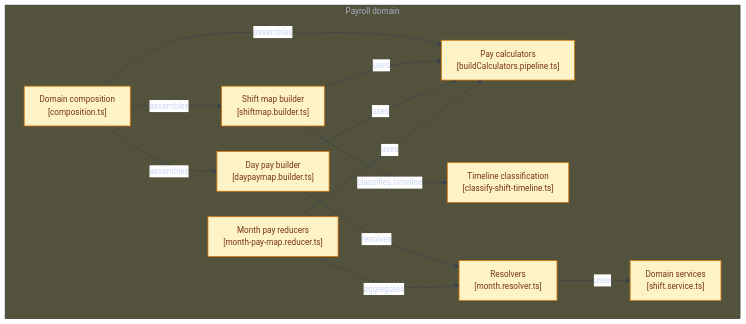
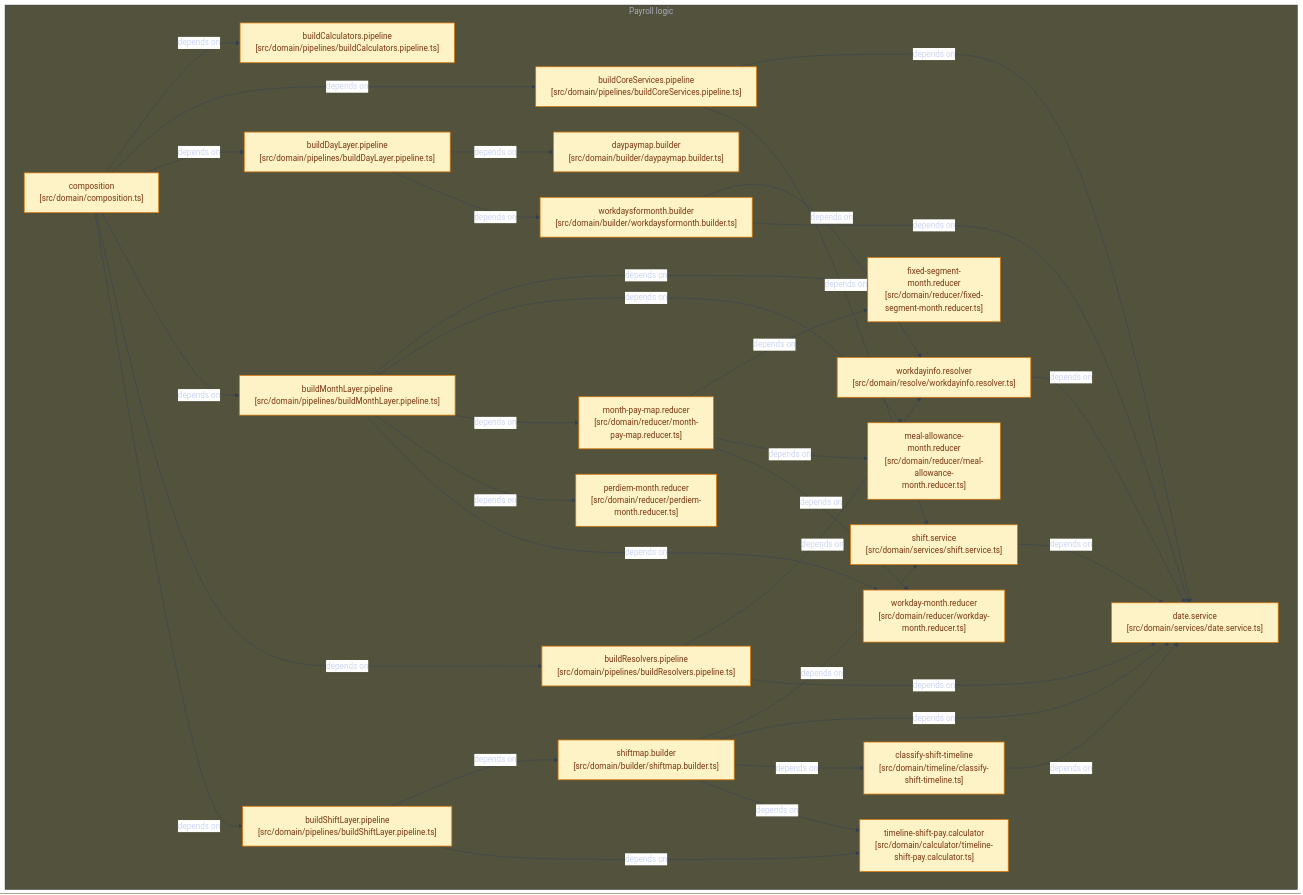
Before and after one commit to dmaman86/shiftly: the diagram in docs/architecture/history/v0.19.2/domain.mmd, drawn with Mermaid. The commit also changed other lines of this file and 80 other files, not shown here.

Commit message:
docs(architecture): correct tag-specific snapshots and references

```diff
--- a/docs/architecture/history/v0.19.2/domain.mmd
+++ b/docs/architecture/history/v0.19.2/domain.mmd
@@ -1,45 +1,89 @@
 ---
 config:
   theme: base
   themeVariables:
     background: "#1e1e2e"
     primaryColor: "#313244"
     primaryTextColor: "#cdd6f4"
     primaryBorderColor: "#89b4fa"
     lineColor: "#334155"
     edgeLabelBackground: "#ffffff"
 ---
+%% Source: v0.19.2 (v0.19.2). Module dependencies include type imports. Commit: 92cbe0f714061b5654f8d7587ab2bfe56d32f108.
+%% Barrel re-exports are resolved; arrows point from consumers to dependencies.
 flowchart TD
-  subgraph group_domain["Payroll domain"]
-    node_composition["Domain composition<br/>[composition.ts]"]
-    node_shiftbuilder["Shift map builder<br/>[shiftmap.builder.ts]"]
-    node_daybuilder["Day pay builder<br/>[daypaymap.builder.ts]"]
-    node_timeline["Timeline classification<br/>[classify-shift-timeline.ts]"]
-    node_calculators["Pay calculators<br/>[buildCalculators.pipeline.ts]"]
-    node_monthreducer["Month pay reducers<br/>[month-pay-map.reducer.ts]"]
-    node_resolvers["Resolvers<br/>[month.resolver.ts]"]
-    node_services["Domain services<br/>[shift.service.ts]"]
+  subgraph group_domain["Payroll logic"]
+    node_0["composition<br/>[src/domain/composition.ts]"]
+    node_1["buildDayLayer.pipeline<br/>[src/domain/pipelines/buildDayLayer.pipeline.ts]"]
+    node_2["buildResolvers.pipeline<br/>[src/domain/pipelines/buildResolvers.pipeline.ts]"]
+    node_3["buildMonthLayer.pipeline<br/>[src/domain/pipelines/buildMonthLayer.pipeline.ts]"]
+    node_4["buildCalculators.pipeline<br/>[src/domain/pipelines/buildCalculators.pipeline.ts]"]
+    node_5["buildCoreServices.pipeline<br/>[src/domain/pipelines/buildCoreServices.pipeline.ts]"]
+    node_6["shiftmap.builder<br/>[src/domain/builder/shiftmap.builder.ts]"]
+    node_7["daypaymap.builder<br/>[src/domain/builder/daypaymap.builder.ts]"]
+    node_8["workdaysformonth.builder<br/>[src/domain/builder/workdaysformonth.builder.ts]"]
+    node_9["timeline-shift-pay.calculator<br/>[src/domain/calculator/timeline-shift-pay.calculator.ts]"]
+    node_10["classify-shift-timeline<br/>[src/domain/timeline/classify-shift-timeline.ts]"]
+    node_11["month-pay-map.reducer<br/>[src/domain/reducer/month-pay-map.reducer.ts]"]
+    node_12["workdayinfo.resolver<br/>[src/domain/resolve/workdayinfo.resolver.ts]"]
+    node_13["date.service<br/>[src/domain/services/date.service.ts]"]
+    node_14["shift.service<br/>[src/domain/services/shift.service.ts]"]
+    node_15["perdiem-month.reducer<br/>[src/domain/reducer/perdiem-month.reducer.ts]"]
+    node_16["workday-month.reducer<br/>[src/domain/reducer/workday-month.reducer.ts]"]
+    node_17["fixed-segment-month.reducer<br/>[src/domain/reducer/fixed-segment-month.reducer.ts]"]
+    node_18["meal-allowance-month.reducer<br/>[src/domain/reducer/meal-allowance-month.reducer.ts]"]
+    node_19["buildShiftLayer.pipeline<br/>[src/domain/pipelines/buildShiftLayer.pipeline.ts]"]
   end
-
-  node_composition -->|"assembles"| node_shiftbuilder
-  node_composition -->|"assembles"| node_daybuilder
-  node_composition -->|"assembles"| node_calculators
-  node_shiftbuilder -->|"classifies timeline"| node_timeline
-  node_shiftbuilder -->|"uses"| node_calculators
-  node_daybuilder -->|"uses"| node_calculators
-  node_daybuilder -->|"resolves"| node_resolvers
-  node_monthreducer -->|"uses"| node_calculators
-  node_resolvers -->|"uses"| node_services
-  node_monthreducer -->|"aggregates"| node_resolvers
-
-  click node_composition "https://github.com/dmaman86/shiftly/blob/v0.19.2/src/domain/composition.ts"
-  click node_shiftbuilder "https://github.com/dmaman86/shiftly/blob/v0.19.2/src/domain/builder/shiftmap.builder.ts"
-  click node_daybuilder "https://github.com/dmaman86/shiftly/blob/v0.19.2/src/domain/builder/daypaymap.builder.ts"
-  click node_timeline "https://github.com/dmaman86/shiftly/blob/v0.19.2/src/domain/timeline/classify-shift-timeline.ts"
-  click node_calculators "https://github.com/dmaman86/shiftly/blob/v0.19.2/src/domain/pipelines/buildCalculators.pipeline.ts"
-  click node_monthreducer "https://github.com/dmaman86/shiftly/blob/v0.19.2/src/domain/reducer/month-pay-map.reducer.ts"
-  click node_resolvers "https://github.com/dmaman86/shiftly/blob/v0.19.2/src/domain/resolve/month.resolver.ts"
-  click node_services "https://github.com/dmaman86/shiftly/blob/v0.19.2/src/domain/services/shift.service.ts"
-
+  node_0 -->|"depends on"| node_4
+  node_0 -->|"depends on"| node_5
+  node_0 -->|"depends on"| node_1
+  node_0 -->|"depends on"| node_3
+  node_0 -->|"depends on"| node_2
+  node_0 -->|"depends on"| node_19
+  node_1 -->|"depends on"| node_7
+  node_1 -->|"depends on"| node_8
+  node_2 -->|"depends on"| node_12
+  node_2 -->|"depends on"| node_13
+  node_3 -->|"depends on"| node_17
+  node_3 -->|"depends on"| node_18
+  node_3 -->|"depends on"| node_11
+  node_3 -->|"depends on"| node_15
+  node_3 -->|"depends on"| node_16
+  node_5 -->|"depends on"| node_13
+  node_5 -->|"depends on"| node_14
+  node_6 -->|"depends on"| node_14
+  node_6 -->|"depends on"| node_13
+  node_6 -->|"depends on"| node_10
+  node_6 -->|"depends on"| node_9
+  node_8 -->|"depends on"| node_12
+  node_8 -->|"depends on"| node_13
+  node_10 -->|"depends on"| node_13
+  node_11 -->|"depends on"| node_17
+  node_11 -->|"depends on"| node_18
+  node_11 -->|"depends on"| node_16
+  node_12 -->|"depends on"| node_13
+  node_14 -->|"depends on"| node_13
+  node_19 -->|"depends on"| node_6
+  node_19 -->|"depends on"| node_9
+  click node_0 "https://github.com/dmaman86/shiftly/blob/v0.19.2/src/domain/composition.ts"
+  click node_1 "https://github.com/dmaman86/shiftly/blob/v0.19.2/src/domain/pipelines/buildDayLayer.pipeline.ts"
+  click node_2 "https://github.com/dmaman86/shiftly/blob/v0.19.2/src/domain/pipelines/buildResolvers.pipeline.ts"
+  click node_3 "https://github.com/dmaman86/shiftly/blob/v0.19.2/src/domain/pipelines/buildMonthLayer.pipeline.ts"
+  click node_4 "https://github.com/dmaman86/shiftly/blob/v0.19.2/src/domain/pipelines/buildCalculators.pipeline.ts"
+  click node_5 "https://github.com/dmaman86/shiftly/blob/v0.19.2/src/domain/pipelines/buildCoreServices.pipeline.ts"
+  click node_6 "https://github.com/dmaman86/shiftly/blob/v0.19.2/src/domain/builder/shiftmap.builder.ts"
+  click node_7 "https://github.com/dmaman86/shiftly/blob/v0.19.2/src/domain/builder/daypaymap.builder.ts"
+  click node_8 "https://github.com/dmaman86/shiftly/blob/v0.19.2/src/domain/builder/workdaysformonth.builder.ts"
+  click node_9 "https://github.com/dmaman86/shiftly/blob/v0.19.2/src/domain/calculator/timeline-shift-pay.calculator.ts"
+  click node_10 "https://github.com/dmaman86/shiftly/blob/v0.19.2/src/domain/timeline/classify-shift-timeline.ts"
+  click node_11 "https://github.com/dmaman86/shiftly/blob/v0.19.2/src/domain/reducer/month-pay-map.reducer.ts"
+  click node_12 "https://github.com/dmaman86/shiftly/blob/v0.19.2/src/domain/resolve/workdayinfo.resolver.ts"
+  click node_13 "https://github.com/dmaman86/shiftly/blob/v0.19.2/src/domain/services/date.service.ts"
+  click node_14 "https://github.com/dmaman86/shiftly/blob/v0.19.2/src/domain/services/shift.service.ts"
+  click node_15 "https://github.com/dmaman86/shiftly/blob/v0.19.2/src/domain/reducer/perdiem-month.reducer.ts"
+  click node_16 "https://github.com/dmaman86/shiftly/blob/v0.19.2/src/domain/reducer/workday-month.reducer.ts"
+  click node_17 "https://github.com/dmaman86/shiftly/blob/v0.19.2/src/domain/reducer/fixed-segment-month.reducer.ts"
+  click node_18 "https://github.com/dmaman86/shiftly/blob/v0.19.2/src/domain/reducer/meal-allowance-month.reducer.ts"
+  click node_19 "https://github.com/dmaman86/shiftly/blob/v0.19.2/src/domain/pipelines/buildShiftLayer.pipeline.ts"
   classDef toneAmber fill:#fef3c7,stroke:#d97706,stroke-width:1.5px,color:#78350f
-  class node_composition,node_shiftbuilder,node_daybuilder,node_timeline,node_calculators,node_monthreducer,node_resolvers,node_services toneAmber
+  class node_0,node_1,node_2,node_3,node_4,node_5,node_6,node_7,node_8,node_9,node_10,node_11,node_12,node_13,node_14,node_15,node_16,node_17,node_18,node_19 toneAmber
```
